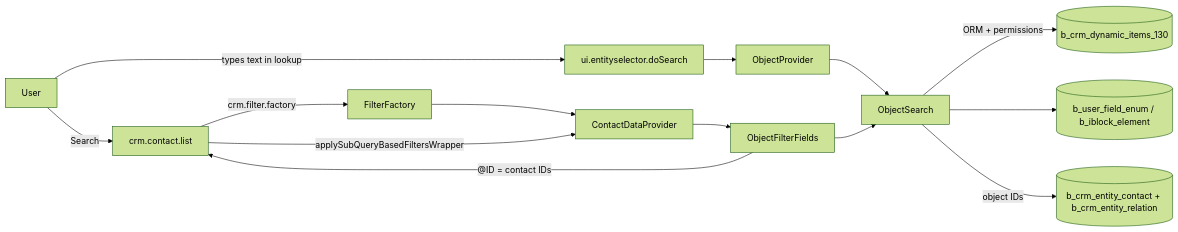
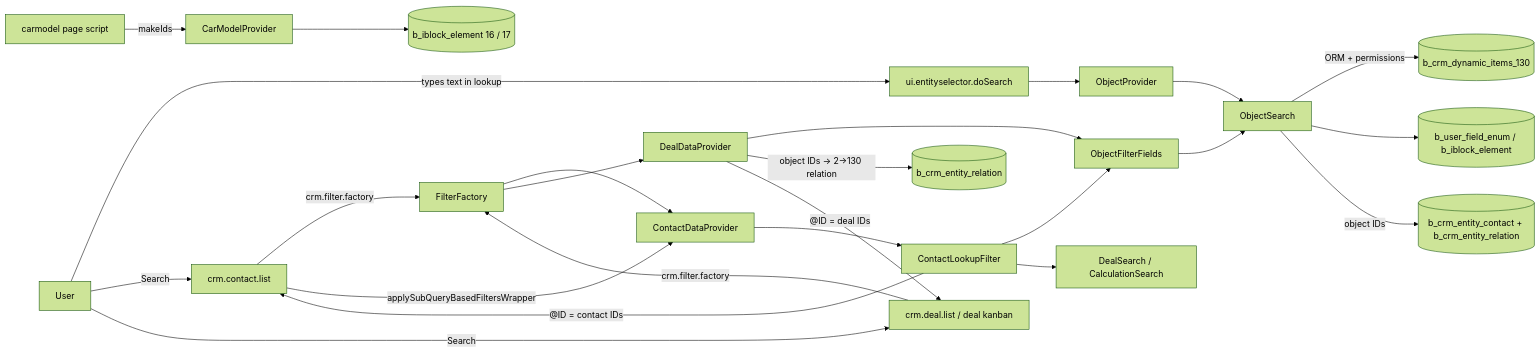
The diagram in docs/ARCHITECTURE.md (refreshg/aldagi_workflow), drawn with Mermaid (forest theme) before and after one commit. The commit also changed other lines of this file and 6 other files, not shown here.

First line of the commit message:
docs(aldagi.objectfilter): sync docs with code (deal filter, drift fixes)

````diff
--- a/docs/ARCHITECTURE.md
+++ b/docs/ARCHITECTURE.md
@@ -23,16 +24,26 @@
 ```mermaid
 flowchart LR
   U[User] -->|types text in lookup| ES[ui.entityselector.doSearch]
   ES --> OP[ObjectProvider]
   OP --> OS[ObjectSearch]
   OS -->|ORM + permissions| DI[(b_crm_dynamic_items_130)]
   OS --> EN[(b_user_field_enum / b_iblock_element)]
   U -->|Search| CL[crm.contact.list]
   CL -->|crm.filter.factory| FF[FilterFactory]
   FF --> CDP[ContactDataProvider]
   CL -->|applySubQueryBasedFiltersWrapper| CDP
-  CDP --> OFF[ObjectFilterFields]
+  CDP --> CLF[ContactLookupFilter]
+  CLF --> OFF[ObjectFilterFields]
+  CLF --> DS[DealSearch / CalculationSearch]
   OFF --> OS
   OS -->|object IDs| EC[(b_crm_entity_contact + b_crm_entity_relation)]
-  OFF -->|"@ID = contact IDs"| CL
+  CLF -->|"@ID = contact IDs"| CL
+  U -->|Search| DL[crm.deal.list / deal kanban]
+  DL -->|crm.filter.factory| FF
+  FF --> DDP[DealDataProvider]
+  DDP --> OFF
+  DDP -->|object IDs → 2→130 relation| ER[(b_crm_entity_relation)]
+  DDP -->|"@ID = deal IDs"| DL
+  JS[carmodel page script] -->|makeIds| CMP[CarModelProvider]
+  CMP --> IB[(b_iblock_element 16 / 17)]
 ```
````
